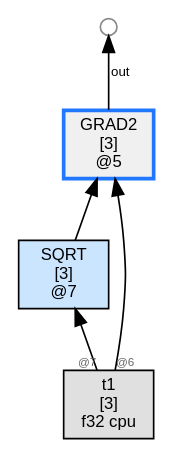
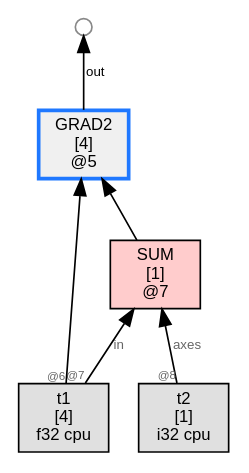
Before and after one commit to sw1sh/TinyHVM: the diagram in wl/examples/thvm_graphs/grad_rules/gradu_poly/thvm_0_pre_reduce.dot, drawn with Graphviz. The commit also changed 4 other files, not shown here.

First line of the commit message:
grad: add E2E numeric for LOG/DIV/MAX/SUM — all 95/95 pass CPU+Metal

```diff
--- a/wl/examples/thvm_graphs/grad_rules/gradu_poly/thvm_0_pre_reduce.dot
+++ b/wl/examples/thvm_graphs/grad_rules/gradu_poly/thvm_0_pre_reduce.dot
@@ -1,14 +1,16 @@
 digraph G {
   rankdir=BT;
   node [fontname="Helvetica", fontsize=10, style=filled, shape=box, margin="0.1,0.05"];
   edge [fontsize=8, fontname="Helvetica"];
 
-  n7 [label="SQRT\n[3]\n@7", shape=box, fillcolor="#cce5ff"];
-  t1 [label="t1\n[3]\nf32 cpu",shape=box,fillcolor="#e0e0e0"];
-  t1 -> n7 [label="",taillabel="@7",labelfontsize=7,fontcolor="#666666"];
-  n5 [label="GRAD2\n[3]\n@5", shape=box, fillcolor="#f0f0f0",color="#1f78ff",penwidth=2.2];
+  n7 [label="SUM\n[1]\n@7", shape=box, fillcolor="#ffcccc"];
+  t1 [label="t1\n[4]\nf32 cpu",shape=box,fillcolor="#e0e0e0"];
+  t1 -> n7 [label="in",taillabel="@7",labelfontsize=7,fontcolor="#666666"];
+  t2 [label="t2\n[1]\ni32 cpu",shape=box,fillcolor="#e0e0e0"];
+  t2 -> n7 [label="axes",taillabel="@8",labelfontsize=7,fontcolor="#666666"];
+  n5 [label="GRAD2\n[4]\n@5", shape=box, fillcolor="#f0f0f0",color="#1f78ff",penwidth=2.2];
   n7 -> n5 [label=""];
   t1 -> n5 [label="",taillabel="@6",labelfontsize=7,fontcolor="#666666"];
   free5_1000 [label="",shape=circle,width=0.14,height=0.14,fixedsize=true,fillcolor="#ffffff",color="#888888",fontsize=1];
   n5 -> free5_1000 [label="out"];
 }
```
